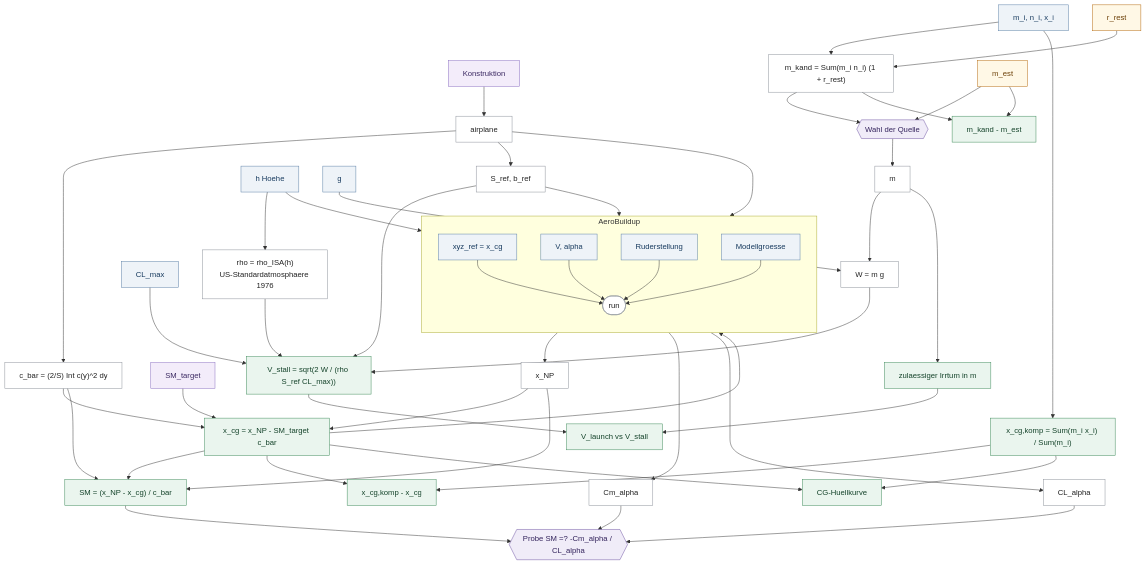
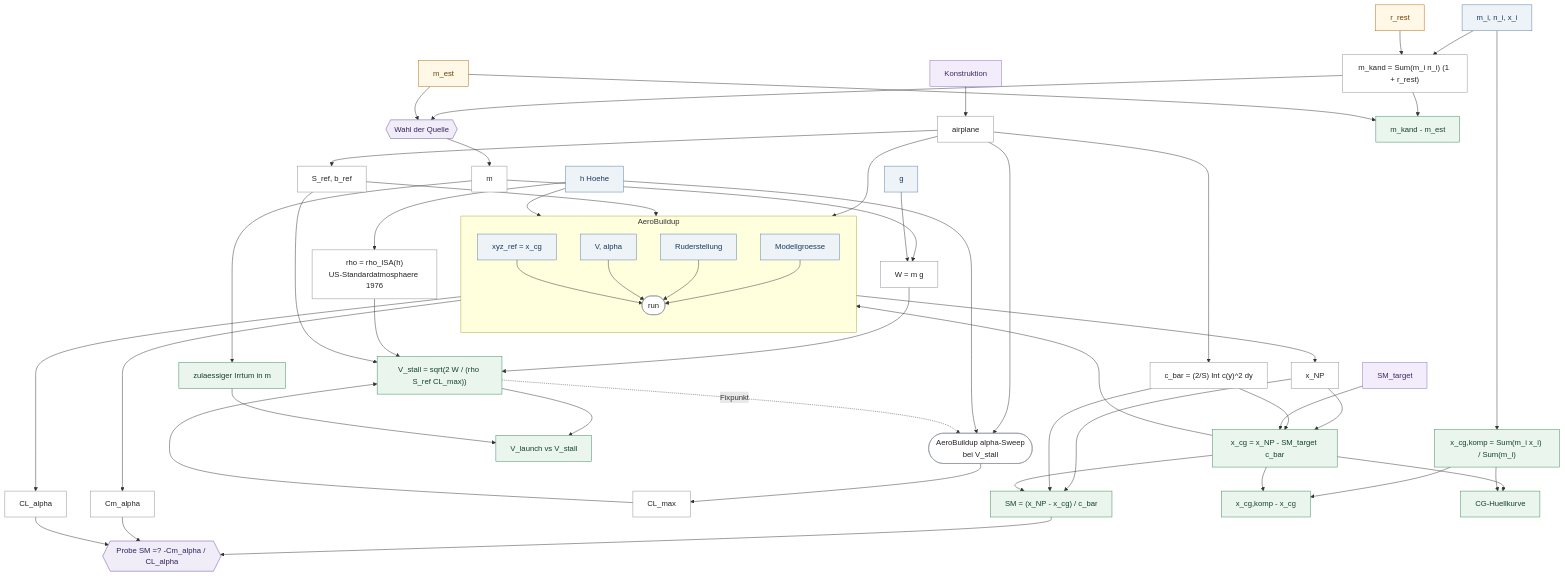
Before and after one commit to szymansk/da3Dalus: the second of 2 diagrams in _reversa_sdd/calculations/canon/PFAD3.md, drawn with Mermaid. The commit also changed other lines of this file and 1 other file, not shown here.

First line of the commit message:
docs(spec): CL_max comes from an alpha sweep, and the fixed point becomes visible

```diff
--- a/_reversa_sdd/calculations/canon/PFAD3.md
+++ b/_reversa_sdd/calculations/canon/PFAD3.md
@@ -436,7 +436,6 @@
   SREF["S_ref, b_ref"]:::drv
 
   SMT["SM_target"]:::choice
-  CLMAX["CL_max"]:::inp
   HOEHE["h  Hoehe"]:::inp
   ATM["rho = rho_ISA(h)<br/>US-Standardatmosphaere 1976"]:::drv
   GRAV["g"]:::inp
@@ -464,6 +463,9 @@
   XNP["x_NP"]:::drv
   CMA["Cm_alpha"]:::drv
   CLA["CL_alpha"]:::drv
+
+  SWEEP(["AeroBuildup alpha-Sweep<br/>bei V_stall"]):::drv
+  CLMAX["CL_max"]:::drv
 
   CGD["x_cg = x_NP - SM_target c_bar"]:::out
   SM["SM = (x_NP - x_cg) / c_bar"]:::out
@@ -516,6 +518,10 @@
 
   HOEHE --> ATM
   HOEHE --> RUN
+  GEO --> SWEEP
+  HOEHE --> SWEEP
+  VS -. "Fixpunkt" .-> SWEEP
+  SWEEP --> CLMAX
   W --> VS
   ATM --> VS
   SREF --> VS
```
